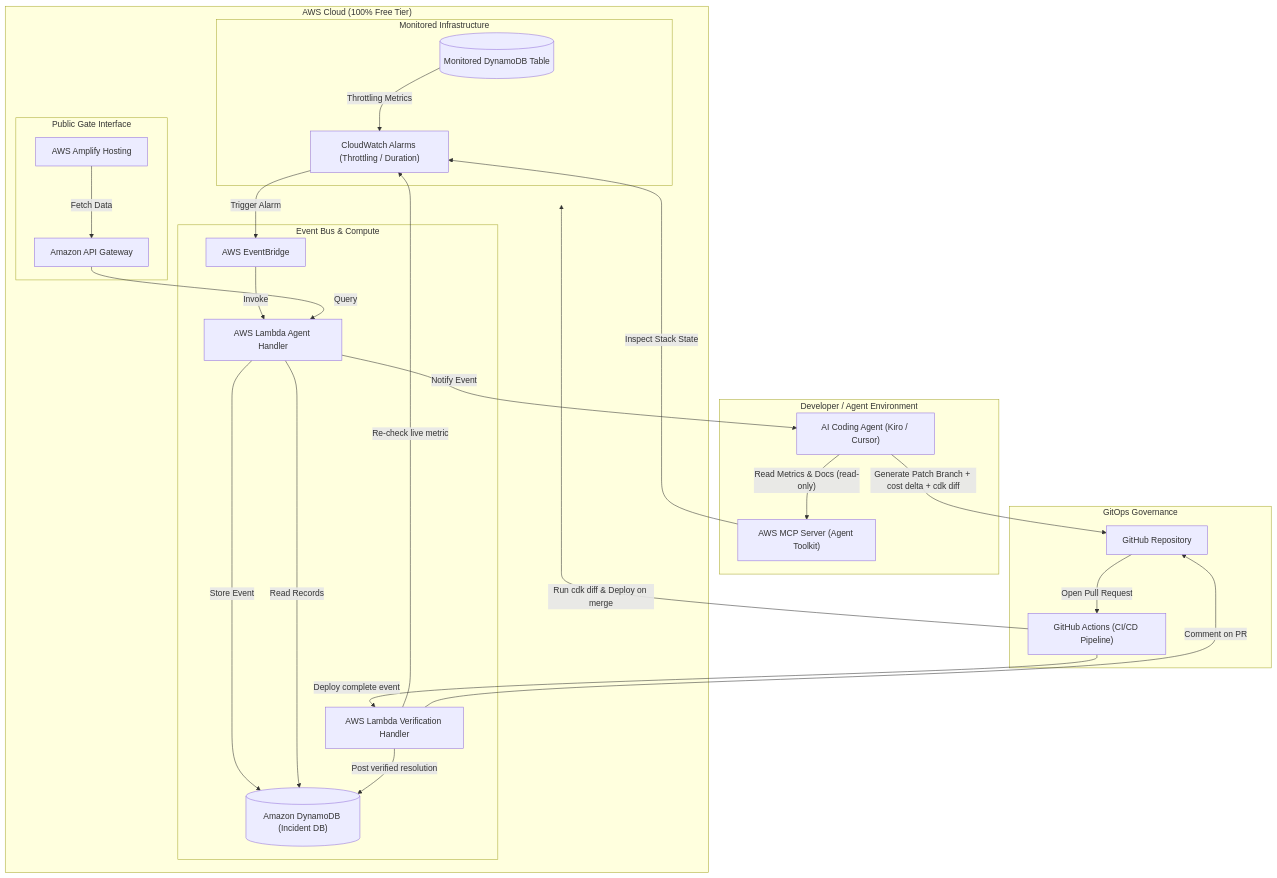
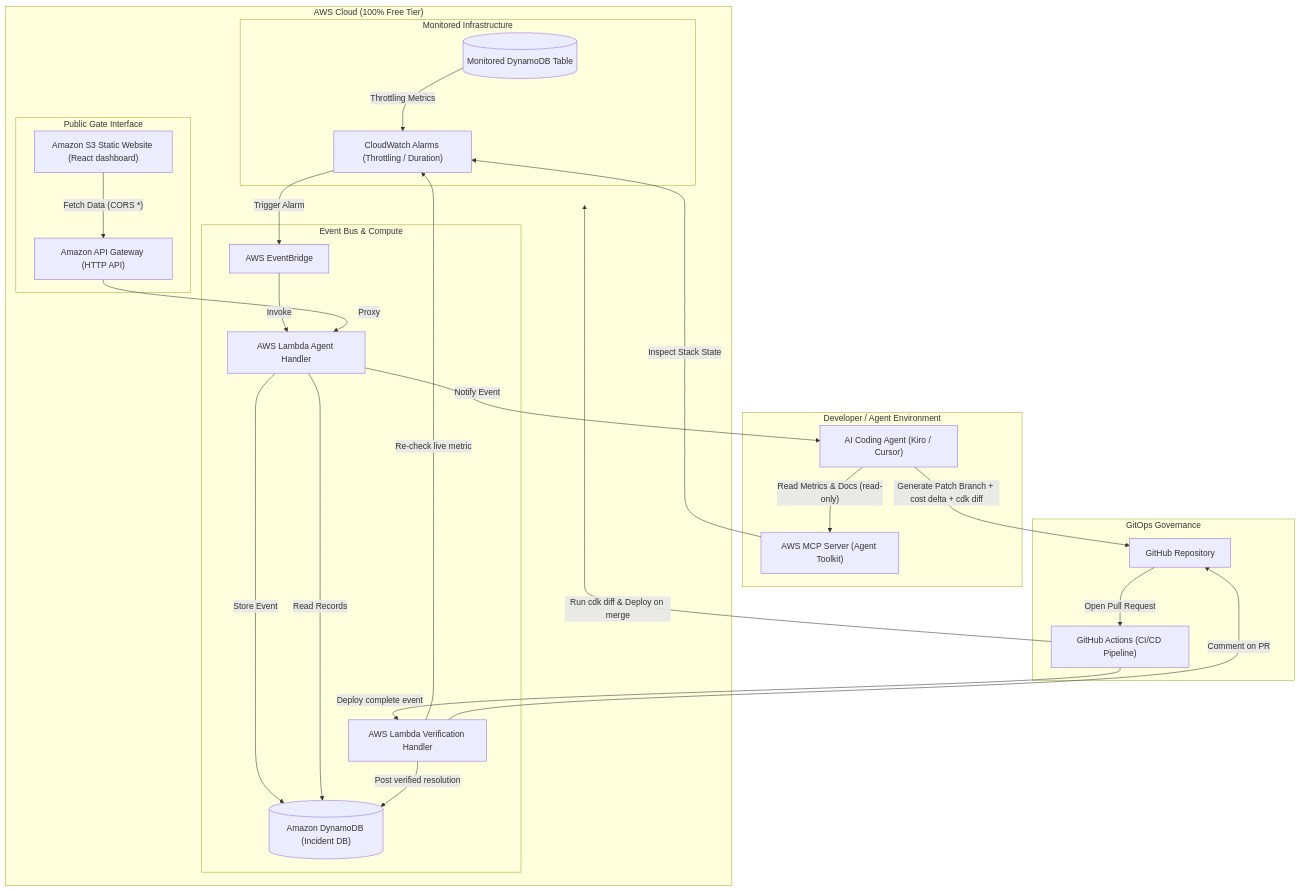
The first of 2 diagrams in project_plan.md (sabari-07/Agentsentry), drawn with Mermaid before and after one commit. The commit also changed other lines of this file and 5 other files, not shown here.

Commit message:
docs: update README/plan/deployment for live S3 hosting + CORS fix; add S3 deploy script

````diff
--- a/project_plan.md
+++ b/project_plan.md
@@ -76,53 +85,53 @@
 ```mermaid
 graph TB
     subgraph AWS_Cloud["AWS Cloud (100% Free Tier)"]
         subgraph Infrastructure["Monitored Infrastructure"]
             DDBApp[("Monitored DynamoDB Table")]
             CW["CloudWatch Alarms (Throttling / Duration)"]
         end
 
         subgraph Event_Layer["Event Bus & Compute"]
             EB["AWS EventBridge"]
             Lambda["AWS Lambda Agent Handler"]
             Verify["AWS Lambda Verification Handler"]
             DDB[("Amazon DynamoDB (Incident DB)")]
         end
 
         subgraph Public_UI["Public Gate Interface"]
-            Amplify["AWS Amplify Hosting"]
-            APIGW["Amazon API Gateway"]
+            S3Site["Amazon S3 Static Website (React dashboard)"]
+            APIGW["Amazon API Gateway (HTTP API)"]
         end
     end
 
     subgraph Local_Agent["Developer / Agent Environment"]
         MCP["AWS MCP Server (Agent Toolkit)"]
         CodingAgent["AI Coding Agent (Kiro / Cursor)"]
     end
 
     subgraph Version_Control["GitOps Governance"]
         GitHub["GitHub Repository"]
         Actions["GitHub Actions (CI/CD Pipeline)"]
     end
 
     DDBApp -- Throttling Metrics --> CW
     CW -- Trigger Alarm --> EB
     EB -- Invoke --> Lambda
     Lambda -- Store Event --> DDB
 
-    Amplify -- Fetch Data --> APIGW
-    APIGW -- Query --> Lambda
+    S3Site -- Fetch Data (CORS *) --> APIGW
+    APIGW -- Proxy --> Lambda
     Lambda -- Read Records --> DDB
 
     Lambda -- Notify Event --> CodingAgent
     CodingAgent -- Read Metrics & Docs (read-only) --> MCP
     MCP -- Inspect Stack State --> CW
 
     CodingAgent -- Generate Patch Branch + cost delta + cdk diff --> GitHub
     GitHub -- Open Pull Request --> Actions
     Actions -- Run cdk diff & Deploy on merge --> Infrastructure
 
     Actions -- Deploy complete event --> Verify
     Verify -- Re-check live metric --> CW
     Verify -- Post verified resolution --> DDB
     Verify -- Comment on PR --> GitHub
 ```
````
